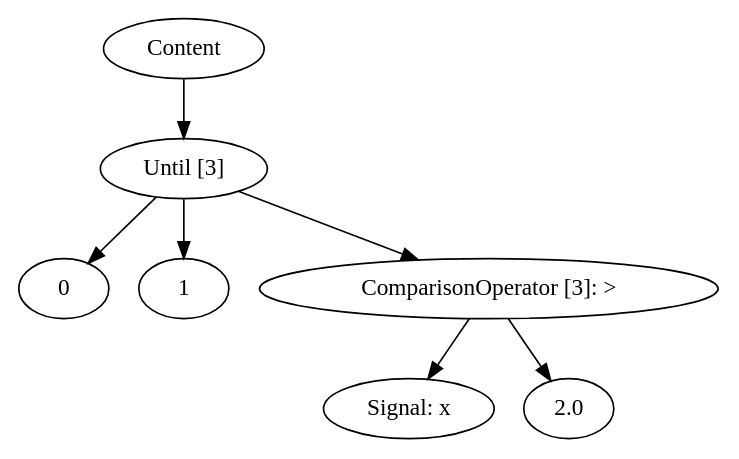
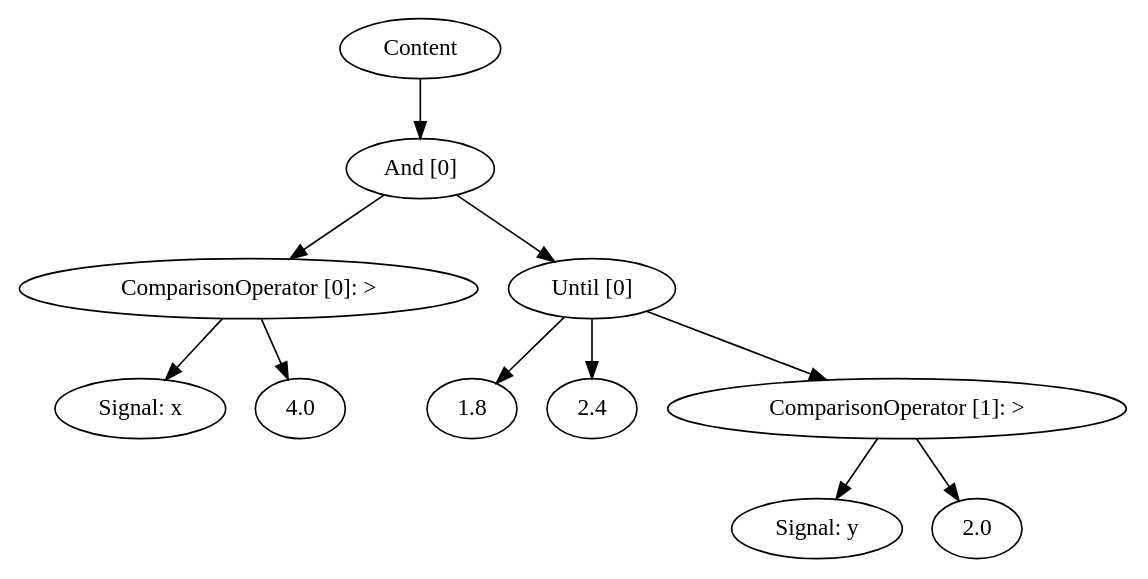
Before and after one commit to rajarshi008/Learning-STL: the diagram in stlTree.dot, drawn with Graphviz. The commit also changed 15 other files, not shown here.

```diff
--- a/stlTree.dot
+++ b/stlTree.dot
@@ -1,15 +1,23 @@
 digraph stlTree {
-	"Content_3"[label="Content"];
-	"Until_3"[label="Until [3]"];
-	"Content_3" -> "Until_3";
-	"IntValue_6"[label="0"];
-	"Until_3" -> "IntValue_6";
-	"IntValue_7"[label="1"];
-	"Until_3" -> "IntValue_7";
-	"ComparisonOperator_3"[label="ComparisonOperator [3]: >"];
-	"Until_3" -> "ComparisonOperator_3";
-	"Signal_3"[label="Signal: x"];
-	"ComparisonOperator_3" -> "Signal_3";
+	"Content_0"[label="Content"];
+	"And_0"[label="And [0]"];
+	"Content_0" -> "And_0";
+	"ComparisonOperator_0"[label="ComparisonOperator [0]: >"];
+	"And_0" -> "ComparisonOperator_0";
+	"Signal_0"[label="Signal: x"];
+	"ComparisonOperator_0" -> "Signal_0";
+	"FloatValue_0"[label="4.0"];
+	"ComparisonOperator_0" -> "FloatValue_0";
+	"Until_0"[label="Until [0]"];
+	"And_0" -> "Until_0";
+	"FloatValue_1"[label="1.8"];
+	"Until_0" -> "FloatValue_1";
+	"FloatValue_2"[label="2.4"];
+	"Until_0" -> "FloatValue_2";
+	"ComparisonOperator_1"[label="ComparisonOperator [1]: >"];
+	"Until_0" -> "ComparisonOperator_1";
+	"Signal_1"[label="Signal: y"];
+	"ComparisonOperator_1" -> "Signal_1";
 	"FloatValue_3"[label="2.0"];
-	"ComparisonOperator_3" -> "FloatValue_3";
+	"ComparisonOperator_1" -> "FloatValue_3";
 }
```
